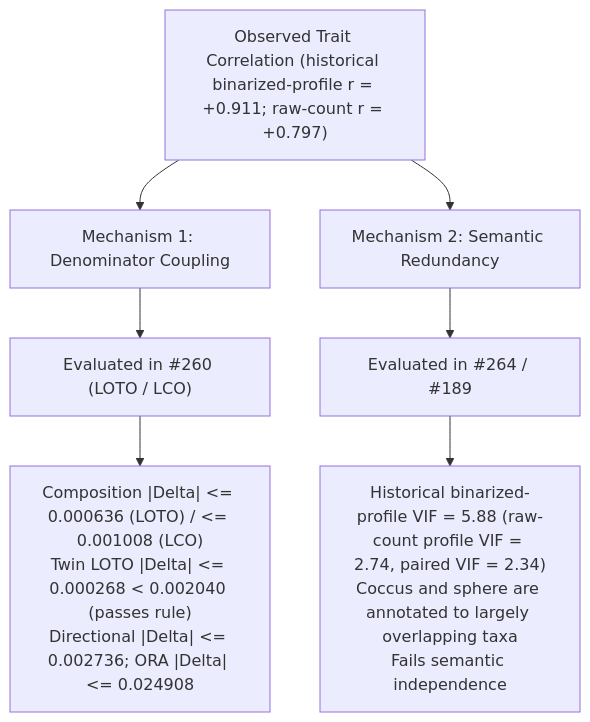
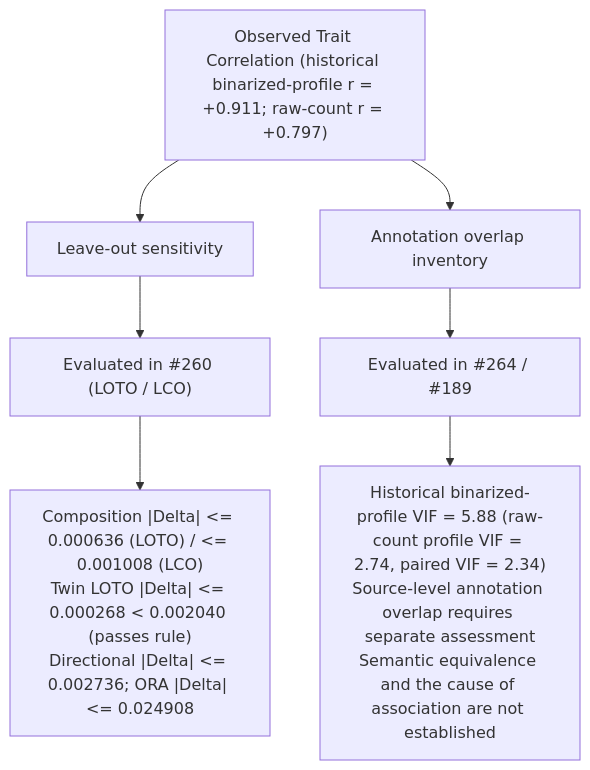
The diagram in methods/trait_coupling_sensitivity.md (CultureBotAI/microbial-trait-profiling), drawn with Mermaid before and after one commit. The commit also changed other lines of this file and 2 other files, not shown here.

First line of the commit message:
Report leave-out sensitivity with its numbers instead of claiming stability (#1948, #1963)

````diff
--- a/methods/trait_coupling_sensitivity.md
+++ b/methods/trait_coupling_sensitivity.md
@@ -178,9 +178,9 @@
 ```mermaid
 flowchart TD
-    A["Observed Trait Correlation (historical binarized-profile r = +0.911; raw-count r = +0.797)"] --> B["Mechanism 1: Denominator Coupling"]
-    A --> C["Mechanism 2: Semantic Redundancy"]
+    A["Observed Trait Correlation (historical binarized-profile r = +0.911; raw-count r = +0.797)"] --> B["Leave-out sensitivity"]
+    A --> C["Annotation overlap inventory"]
     B --> D["Evaluated in #260 (LOTO / LCO)"]
     C --> E["Evaluated in #264 / #189"]
     D --> F["Composition |Delta| <= 0.000636 (LOTO) / <= 0.001008 (LCO)<br/>Twin LOTO |Delta| <= 0.000268 < 0.002040 (passes rule)<br/>Directional |Delta| <= 0.002736; ORA |Delta| <= 0.024908"]
-    E --> G["Historical binarized-profile VIF = 5.88 (raw-count profile VIF = 2.74, paired VIF = 2.34)<br/>Coccus and sphere are annotated to largely overlapping taxa<br/>Fails semantic independence"]
+    E --> G["Historical binarized-profile VIF = 5.88 (raw-count profile VIF = 2.74, paired VIF = 2.34)<br/>Source-level annotation overlap requires separate assessment<br/>Semantic equivalence and the cause of association are not established"]
 ```
````
